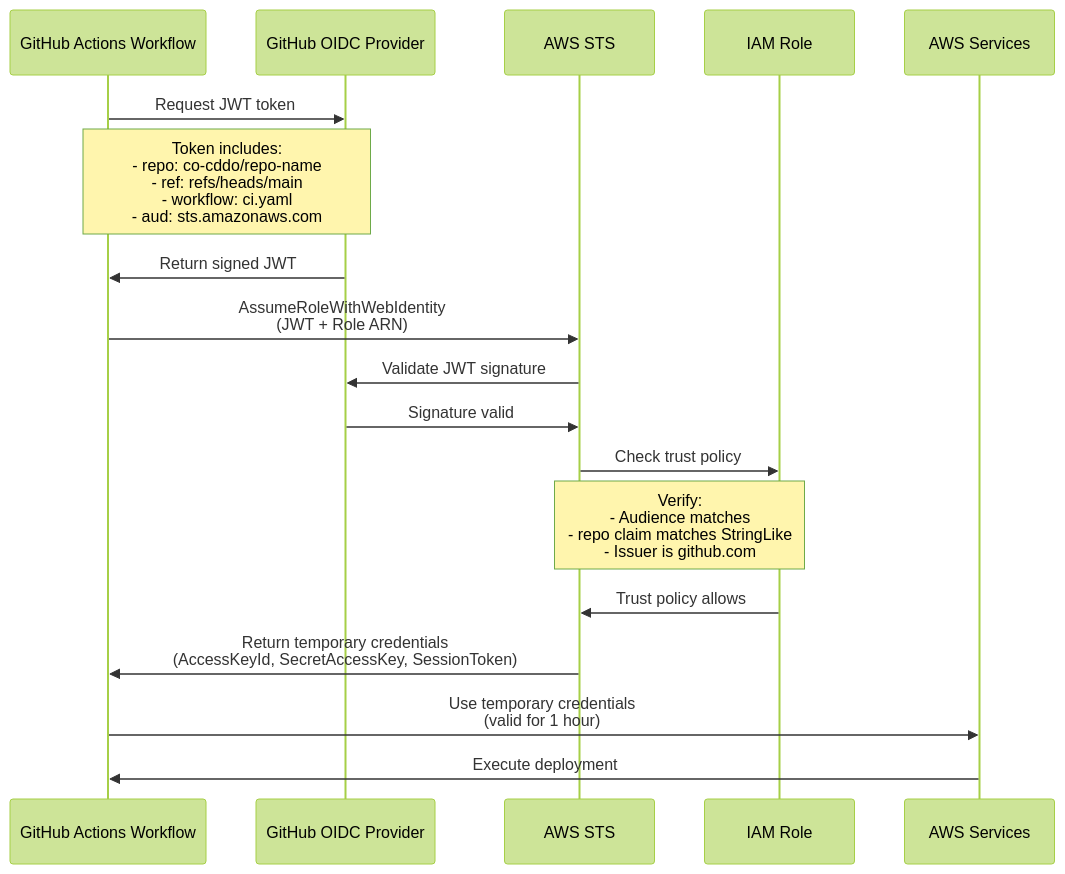
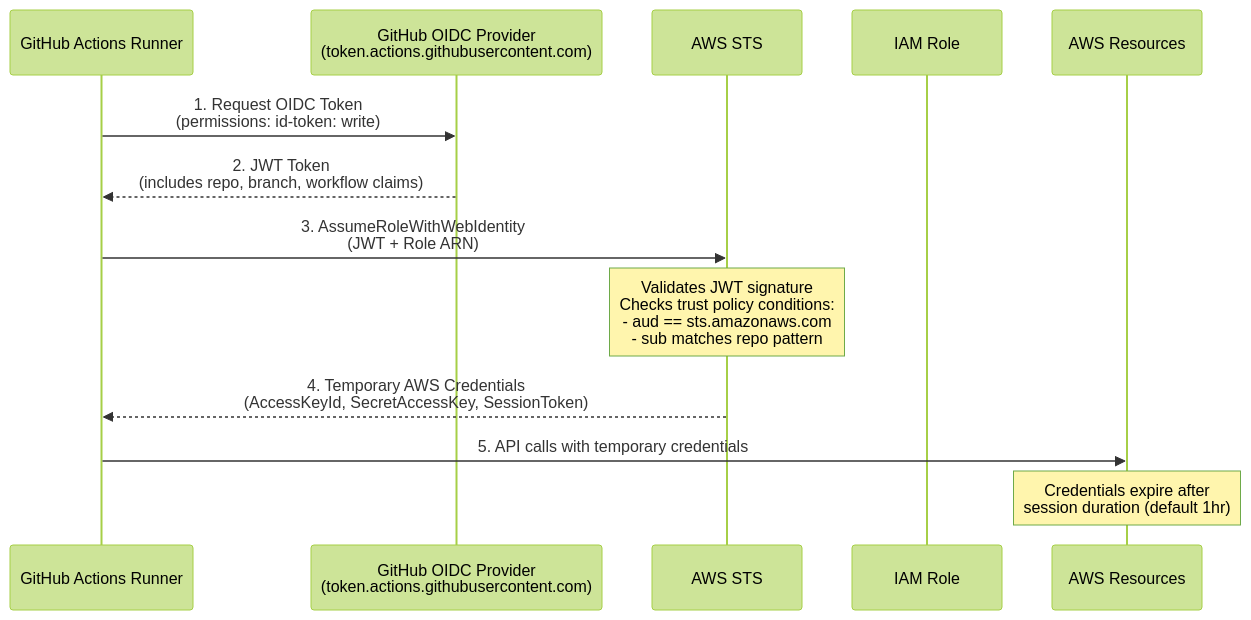
Before and after one commit to co-cddo/ndx-try-arch: the first of 2 diagrams in docs/51-oidc-configuration.md, drawn with Mermaid (forest theme). The commit also changed other lines of this file and 41 other files, not shown here.

First line of the commit message:
docs: update NDX architecture documentation (#9)

````diff
--- a/docs/51-oidc-configuration.md
+++ b/docs/51-oidc-configuration.md
@@ -38,26 +12,16 @@
 ```mermaid
 sequenceDiagram
-    participant GHA as GitHub Actions Workflow
-    participant GH as GitHub OIDC Provider
+    participant GH as GitHub Actions Runner
+    participant GHP as GitHub OIDC Provider<br/>(token.actions.githubusercontent.com)
     participant STS as AWS STS
     participant IAM as IAM Role
-    participant AWS as AWS Services
+    participant AWS as AWS Resources
 
-    GHA->>GH: Request JWT token
-    Note over GHA,GH: Token includes:<br/>- repo: co-cddo/repo-name<br/>- ref: refs/heads/main<br/>- workflow: ci.yaml<br/>- aud: sts.amazonaws.com
-
-    GH->>GHA: Return signed JWT
-    GHA->>STS: AssumeRoleWithWebIdentity<br/>(JWT + Role ARN)
-
-    STS->>GH: Validate JWT signature
-    GH->>STS: Signature valid
-
-    STS->>IAM: Check trust policy
-    Note over STS,IAM: Verify:<br/>- Audience matches<br/>- repo claim matches StringLike<br/>- Issuer is github.com
-
-    IAM->>STS: Trust policy allows
-    STS->>GHA: Return temporary credentials<br/>(AccessKeyId, SecretAccessKey, SessionToken)
-
-    GHA->>AWS: Use temporary credentials<br/>(valid for 1 hour)
-    AWS->>GHA: Execute deployment
+    GH->>GHP: 1. Request OIDC Token<br/>(permissions: id-token: write)
+    GHP-->>GH: 2. JWT Token<br/>(includes repo, branch, workflow claims)
+    GH->>STS: 3. AssumeRoleWithWebIdentity<br/>(JWT + Role ARN)
+    Note over STS: Validates JWT signature<br/>Checks trust policy conditions:<br/>- aud == sts.amazonaws.com<br/>- sub matches repo pattern
+    STS-->>GH: 4. Temporary AWS Credentials<br/>(AccessKeyId, SecretAccessKey, SessionToken)
+    GH->>AWS: 5. API calls with temporary credentials
+    Note over AWS: Credentials expire after<br/>session duration (default 1hr)
 ```
````
